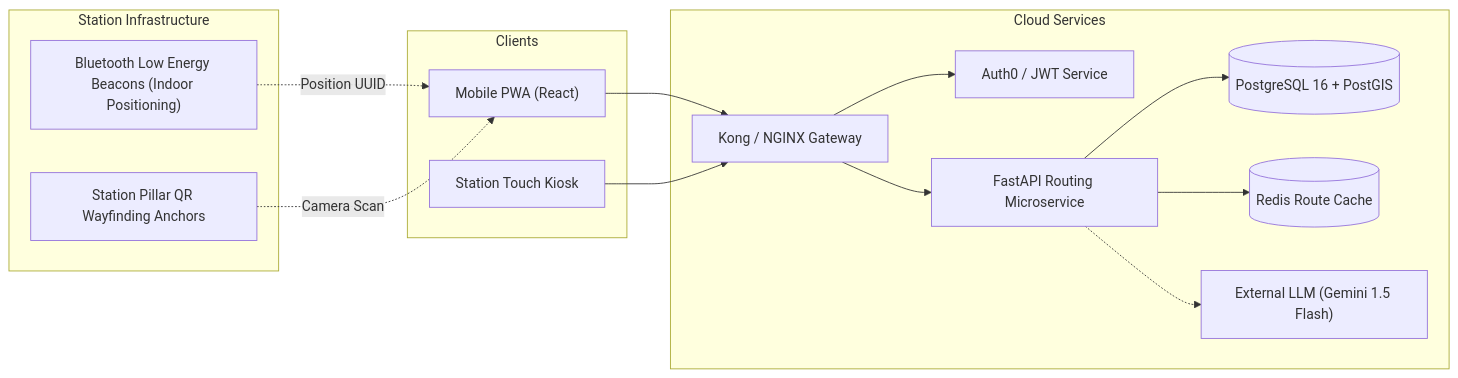
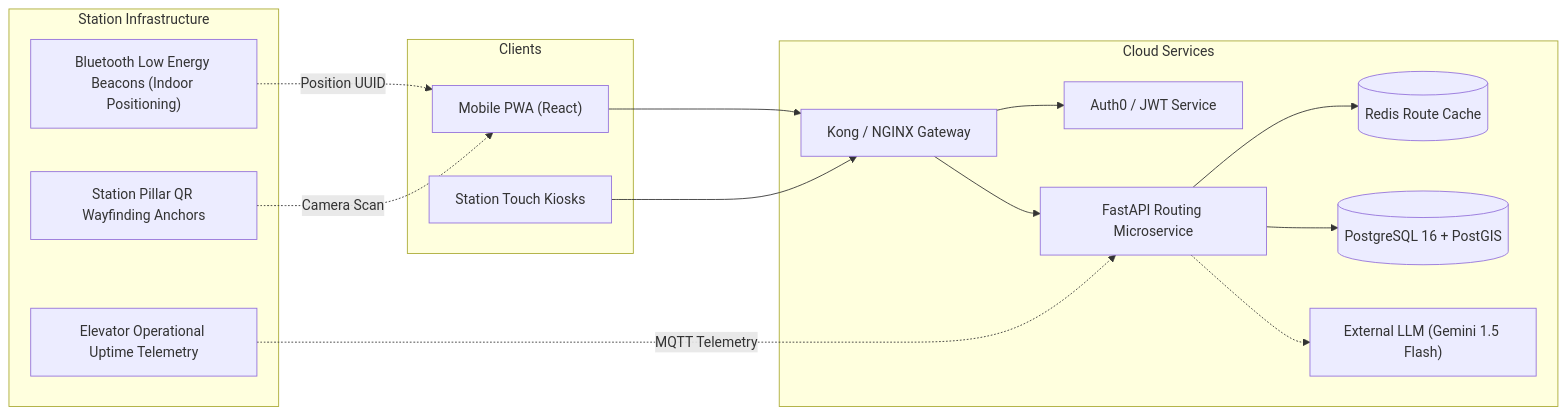
The second of 2 diagrams in Station_Sathi.md (atharvakanekar22-dev/StationSathi), drawn with Mermaid before and after one commit. The commit also changed other lines of this file, not shown here.

Commit message:
Station Sathi

````diff
--- a/Station_Sathi.md
+++ b/Station_Sathi.md
@@ -885,32 +1061,34 @@
 ```mermaid
 flowchart LR
     subgraph CommuterClients ["Clients"]
         MobilePWA["Mobile PWA (React)"]
-        StationKiosk["Station Touch Kiosk"]
+        StationKiosk["Station Touch Kiosks"]
     end
 
     subgraph CloudInfrastructure ["Cloud Services"]
         APIGateway["Kong / NGINX Gateway"]
         AuthService["Auth0 / JWT Service"]
         FastAPIService["FastAPI Routing Microservice"]
         GeoDatabase[(PostgreSQL 16 + PostGIS)]
         RedisCache[(Redis Route Cache)]
         LLMEnrichment["External LLM (Gemini 1.5 Flash)"]
     end
 
     subgraph IoTLayer ["Station Infrastructure"]
         BLEBeacons["Bluetooth Low Energy Beacons (Indoor Positioning)"]
         QRPoints["Station Pillar QR Wayfinding Anchors"]
+        ElevatorSensors["Elevator Operational Uptime Telemetry"]
     end
 
     MobilePWA --> APIGateway
     StationKiosk --> APIGateway
     BLEBeacons -.->|Position UUID| MobilePWA
     QRPoints -.->|Camera Scan| MobilePWA
+    ElevatorSensors -.->|MQTT Telemetry| FastAPIService
 
     APIGateway --> AuthService
     APIGateway --> FastAPIService
     FastAPIService --> RedisCache
     FastAPIService --> GeoDatabase
     FastAPIService -.-> LLMEnrichment
 ```
````
